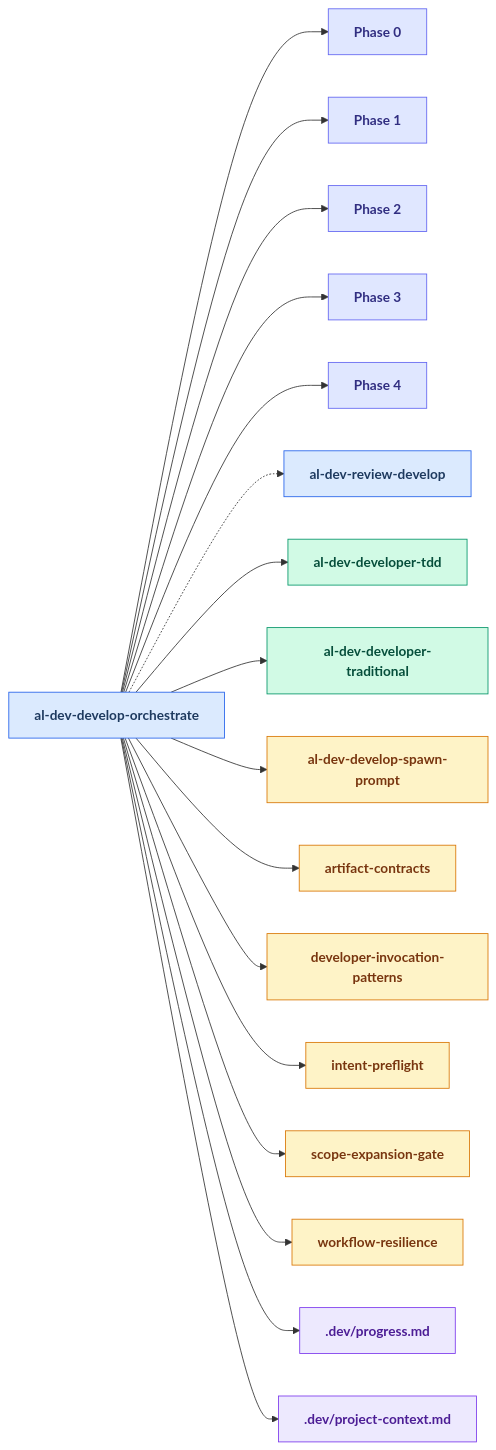
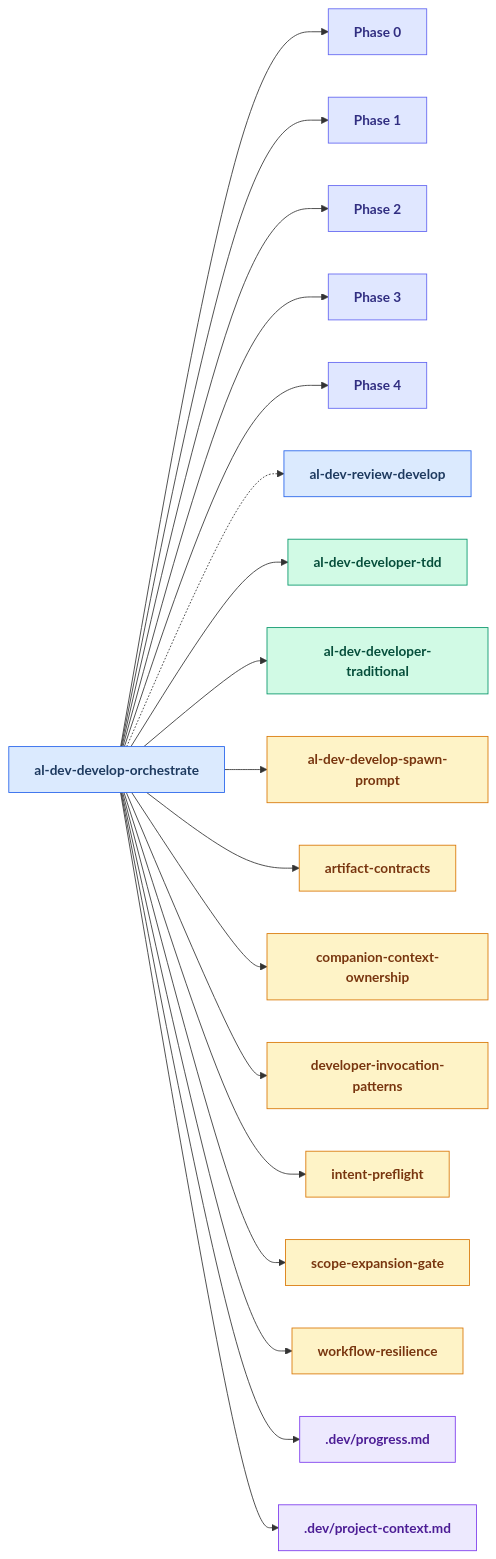
Before and after one commit to russell-laing/al-dev-shared: the tenth of 25 diagrams in docs/al-dev-skills-map.md, drawn with Mermaid. The commit also changed other lines of this file and 3 other files, not shown here.

````diff
--- a/docs/al-dev-skills-map.md
+++ b/docs/al-dev-skills-map.md
@@ -482,61 +488,64 @@
 ```mermaid
 flowchart LR
     classDef skillNode fill:#dbeafe,stroke:#2563eb,color:#1e3a5f,font-weight:bold
     classDef agentNode fill:#d1fae5,stroke:#059669,color:#064e3b,font-weight:bold
     classDef knowledgeNode fill:#fef3c7,stroke:#d97706,color:#78350f,font-weight:bold
     classDef artifactNode fill:#ede9fe,stroke:#7c3aed,color:#4c1d95,font-weight:bold
     classDef phaseNode fill:#e0e7ff,stroke:#6366f1,color:#312e81,font-weight:bold
 
     skill_al_dev_develop_orchestrate[al-dev-develop-orchestrate]
     Phase0["Phase 0"]
     Phase1["Phase 1"]
     Phase2["Phase 2"]
     Phase3["Phase 3"]
     Phase4["Phase 4"]
     skill_al_dev_review_develop[al-dev-review-develop]
     agent_al_dev_developer_tdd[al-dev-developer-tdd]
     agent_al_dev_developer_traditional[al-dev-developer-traditional]
     knowledge_al_dev_develop_spawn_prompt_md[al-dev-develop-spawn-prompt]
     knowledge_artifact_contracts_md[artifact-contracts]
+    knowledge_companion_context_ownership_md[companion-context-ownership]
     knowledge_developer_invocation_patterns_md[developer-invocation-patterns]
     knowledge_intent_preflight_md[intent-preflight]
     knowledge_scope_expansion_gate_md[scope-expansion-gate]
     knowledge_workflow_resilience_md[workflow-resilience]
     artifact_progress_md[.dev/progress.md]
     artifact_project_context_md[.dev/project-context.md]
 
     skill_al_dev_develop_orchestrate --> Phase0
     skill_al_dev_develop_orchestrate --> Phase1
     skill_al_dev_develop_orchestrate --> Phase2
     skill_al_dev_develop_orchestrate --> Phase3
     skill_al_dev_develop_orchestrate --> Phase4
     skill_al_dev_develop_orchestrate -.-> skill_al_dev_review_develop
     skill_al_dev_develop_orchestrate --> agent_al_dev_developer_tdd
     skill_al_dev_develop_orchestrate --> agent_al_dev_developer_traditional
     skill_al_dev_develop_orchestrate --> knowledge_al_dev_develop_spawn_prompt_md
     skill_al_dev_develop_orchestrate --> knowledge_artifact_contracts_md
+    skill_al_dev_develop_orchestrate --> knowledge_companion_context_ownership_md
     skill_al_dev_develop_orchestrate --> knowledge_developer_invocation_patterns_md
     skill_al_dev_develop_orchestrate --> knowledge_intent_preflight_md
     skill_al_dev_develop_orchestrate --> knowledge_scope_expansion_gate_md
     skill_al_dev_develop_orchestrate --> knowledge_workflow_resilience_md
     skill_al_dev_develop_orchestrate --> artifact_progress_md
     skill_al_dev_develop_orchestrate --> artifact_project_context_md
 
     class skill_al_dev_develop_orchestrate skillNode
     class Phase0 phaseNode
     class Phase1 phaseNode
     class Phase2 phaseNode
     class Phase3 phaseNode
     class Phase4 phaseNode
     class skill_al_dev_review_develop skillNode
     class agent_al_dev_developer_tdd agentNode
     class agent_al_dev_developer_traditional agentNode
     class knowledge_al_dev_develop_spawn_prompt_md knowledgeNode
     class knowledge_artifact_contracts_md knowledgeNode
+    class knowledge_companion_context_ownership_md knowledgeNode
     class knowledge_developer_invocation_patterns_md knowledgeNode
     class knowledge_intent_preflight_md knowledgeNode
     class knowledge_scope_expansion_gate_md knowledgeNode
     class knowledge_workflow_resilience_md knowledgeNode
     class artifact_progress_md artifactNode
     class artifact_project_context_md artifactNode
 ```
````
